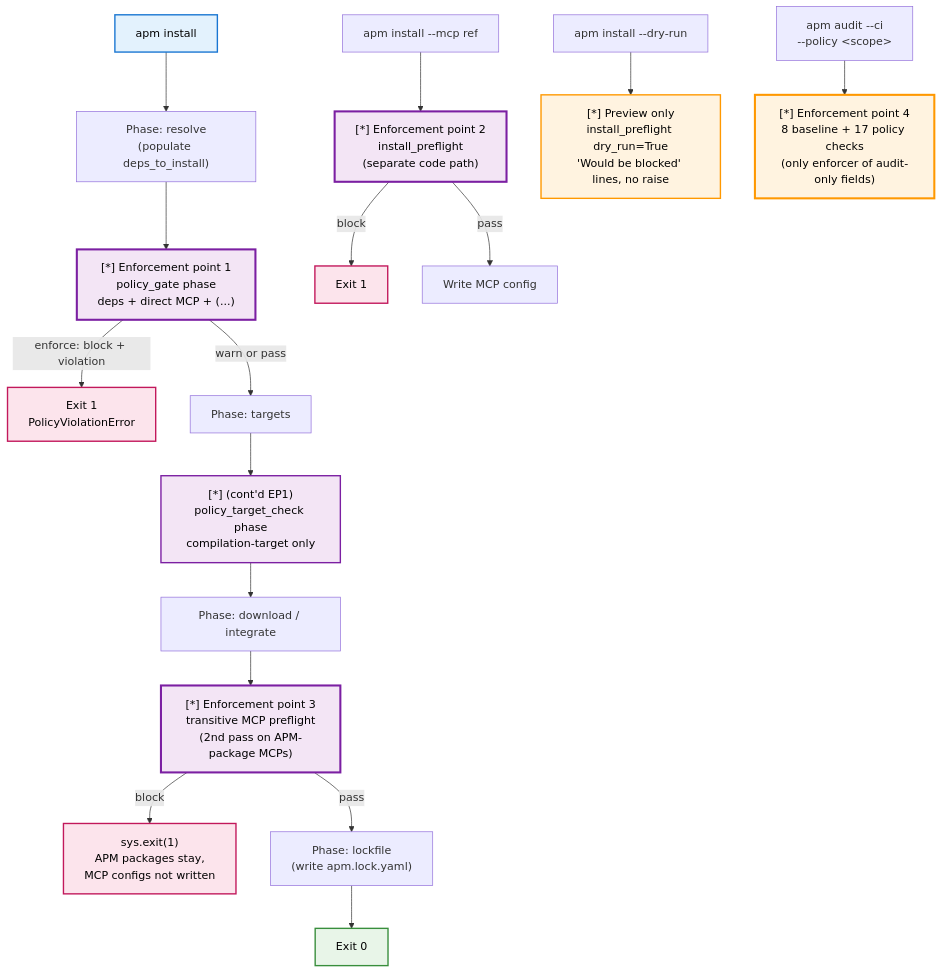
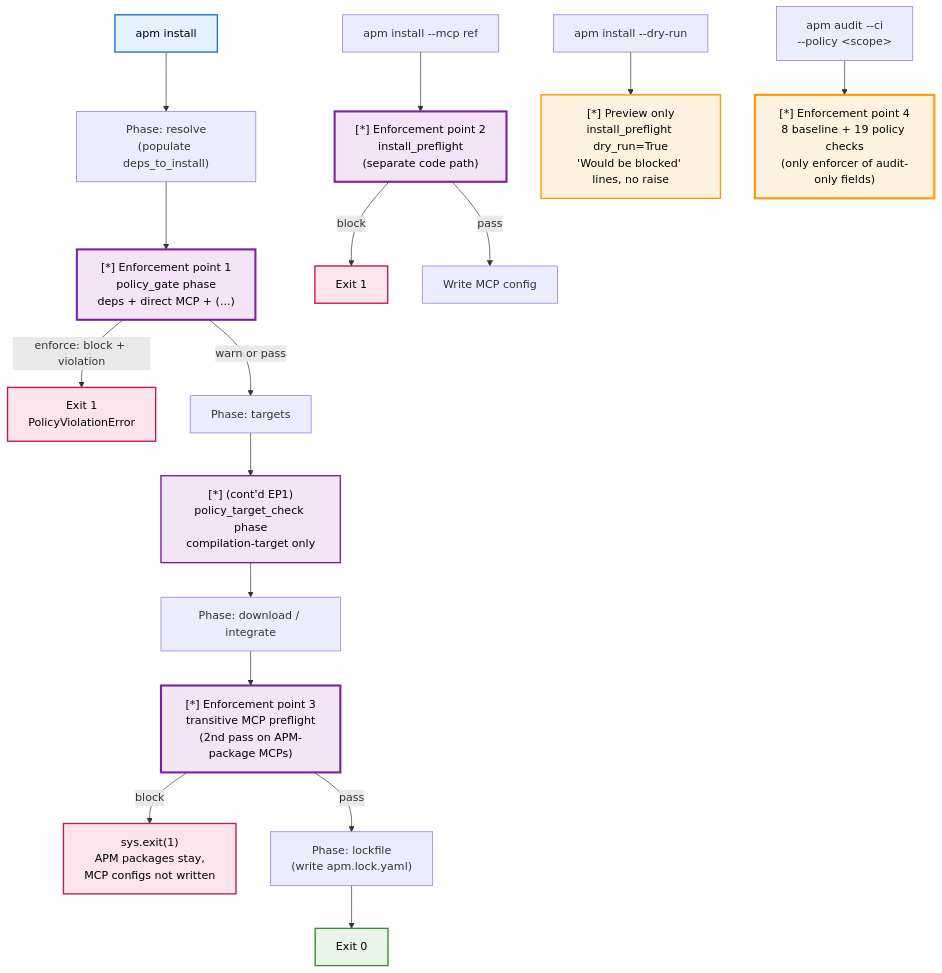
Before and after one commit to microsoft/apm: the first of 4 diagrams in docs/src/content/docs/enterprise/governance-guide.md, drawn with Mermaid. The commit also changed other lines of this file and 84 other files, not shown here.

````diff
--- a/docs/src/content/docs/enterprise/governance-guide.md
+++ b/docs/src/content/docs/enterprise/governance-guide.md
@@ -121,33 +122,33 @@
 ```mermaid
 graph TD
     Start["apm install"] --> Resolve["Phase: resolve<br/>(populate deps_to_install)"]
     Resolve --> Gate["[*] Enforcement point 1<br/>policy_gate phase<br/>deps + direct MCP + (...)"]
     Gate -->|enforce: block + violation| Fail1["Exit 1<br/>PolicyViolationError"]
     Gate -->|warn or pass| Targets["Phase: targets"]
     Targets --> TargetCheck["[*] (cont'd EP1)<br/>policy_target_check phase<br/>compilation-target only"]
     TargetCheck --> Download["Phase: download / integrate"]
     Download --> TransMCP["[*] Enforcement point 3<br/>transitive MCP preflight<br/>(2nd pass on APM-package MCPs)"]
     TransMCP -->|block| Fail2["sys.exit(1)<br/>APM packages stay,<br/>MCP configs not written"]
     TransMCP -->|pass| Lockfile["Phase: lockfile<br/>(write apm.lock.yaml)"]
     Lockfile --> Done["Exit 0"]
 
     MCPBranch["apm install --mcp ref"] --> MCPPre["[*] Enforcement point 2<br/>install_preflight<br/>(separate code path)"]
     MCPPre -->|block| Fail3["Exit 1"]
     MCPPre -->|pass| MCPWrite["Write MCP config"]
 
     DryRun["apm install --dry-run"] --> DryPre["[*] Preview only<br/>install_preflight dry_run=True<br/>'Would be blocked' lines, no raise"]
 
-    Audit["apm audit --ci<br/>--policy &lt;scope&gt;"] --> AuditRun["[*] Enforcement point 4<br/>8 baseline + 17 policy checks<br/>(only enforcer of audit-only fields)"]
+    Audit["apm audit --ci<br/>--policy &lt;scope&gt;"] --> AuditRun["[*] Enforcement point 4<br/>8 baseline + 19 policy checks<br/>(only enforcer of audit-only fields)"]
 
     style Start fill:#e3f2fd,stroke:#1976d2,stroke-width:2px,color:#000
     style Gate fill:#f3e5f5,stroke:#7b1fa2,stroke-width:3px,color:#000
     style TargetCheck fill:#f3e5f5,stroke:#7b1fa2,stroke-width:2px,color:#000
     style TransMCP fill:#f3e5f5,stroke:#7b1fa2,stroke-width:3px,color:#000
     style MCPPre fill:#f3e5f5,stroke:#7b1fa2,stroke-width:3px,color:#000
     style AuditRun fill:#fff3e0,stroke:#ff9800,stroke-width:3px,color:#000
     style Fail1 fill:#fce4ec,stroke:#c2185b,stroke-width:2px,color:#000
     style Fail2 fill:#fce4ec,stroke:#c2185b,stroke-width:2px,color:#000
     style Fail3 fill:#fce4ec,stroke:#c2185b,stroke-width:2px,color:#000
     style Done fill:#e8f5e8,stroke:#388e3c,stroke-width:2px,color:#000
     style DryPre fill:#fff3e0,stroke:#ff9800,stroke-width:2px,color:#000
 ```
````
